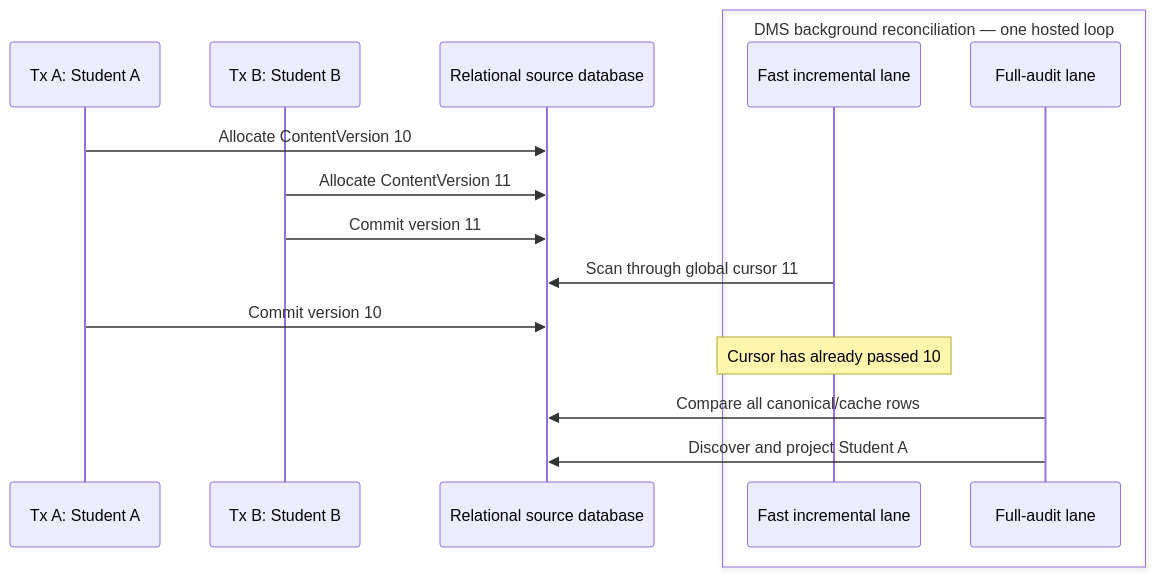
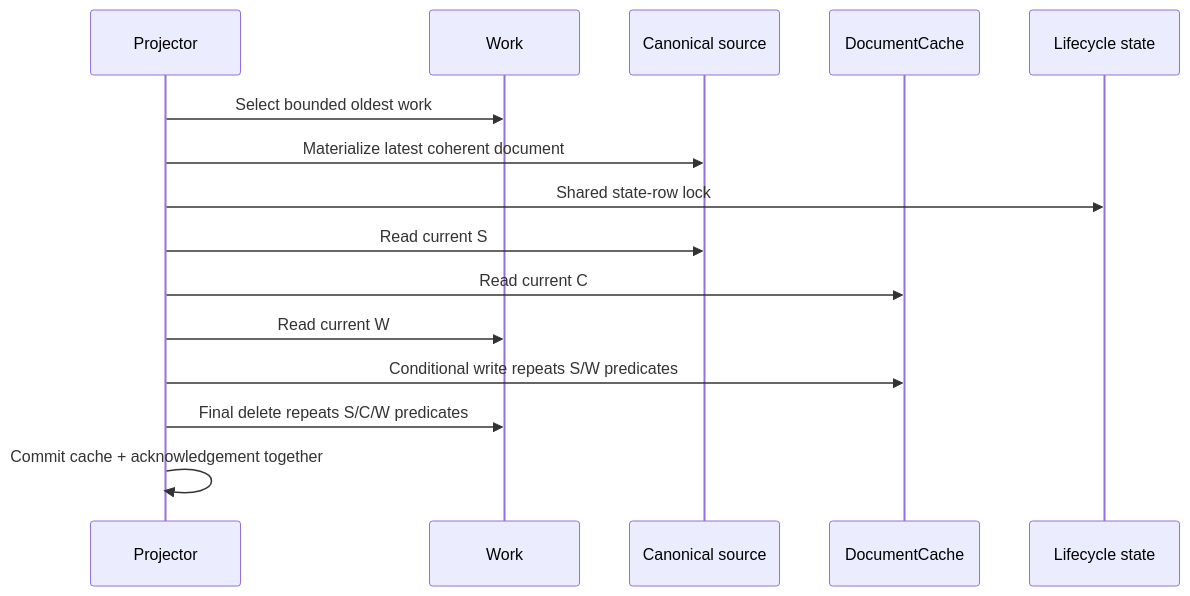
One commit to Ed-Fi-Alliance-OSS/Data-Management-Service changed the second of 4 diagrams in PRESENTATION.md. Above: the diagram before and after it, drawn with Mermaid. The commit also changed other lines of this file and 37 other files, not shown here.

````diff
--- a/PRESENTATION.md
+++ b/PRESENTATION.md
@@ -182,20 +130,18 @@
 ```mermaid
 sequenceDiagram
-    participant A as Tx A: Student A
-    participant B as Tx B: Student B
-    participant DB as Relational source database
+    participant P as Projector
+    participant W as Work
+    participant S as Canonical source
+    participant C as DocumentCache
+    participant L as Lifecycle state
 
-    box DMS background reconciliation — one hosted loop
-        participant I as Fast incremental lane
-        participant F as Full-audit lane
-    end
-
-    A->>DB: Allocate ContentVersion 10
-    B->>DB: Allocate ContentVersion 11
-    B->>DB: Commit version 11
-    I->>DB: Scan through global cursor 11
-    A->>DB: Commit version 10
-    Note over I: Cursor has already passed 10
-    F->>DB: Compare all canonical/cache rows
-    F->>DB: Discover and project Student A
+    P->>W: Select bounded oldest work
+    P->>S: Materialize latest coherent document
+    P->>L: Shared state-row lock
+    P->>S: Read current S
+    P->>C: Read current C
+    P->>W: Read current W
+    P->>C: Conditional write repeats S/W predicates
+    P->>W: Final delete repeats S/C/W predicates
+    P->>P: Commit cache + acknowledgement together
 ```
````
